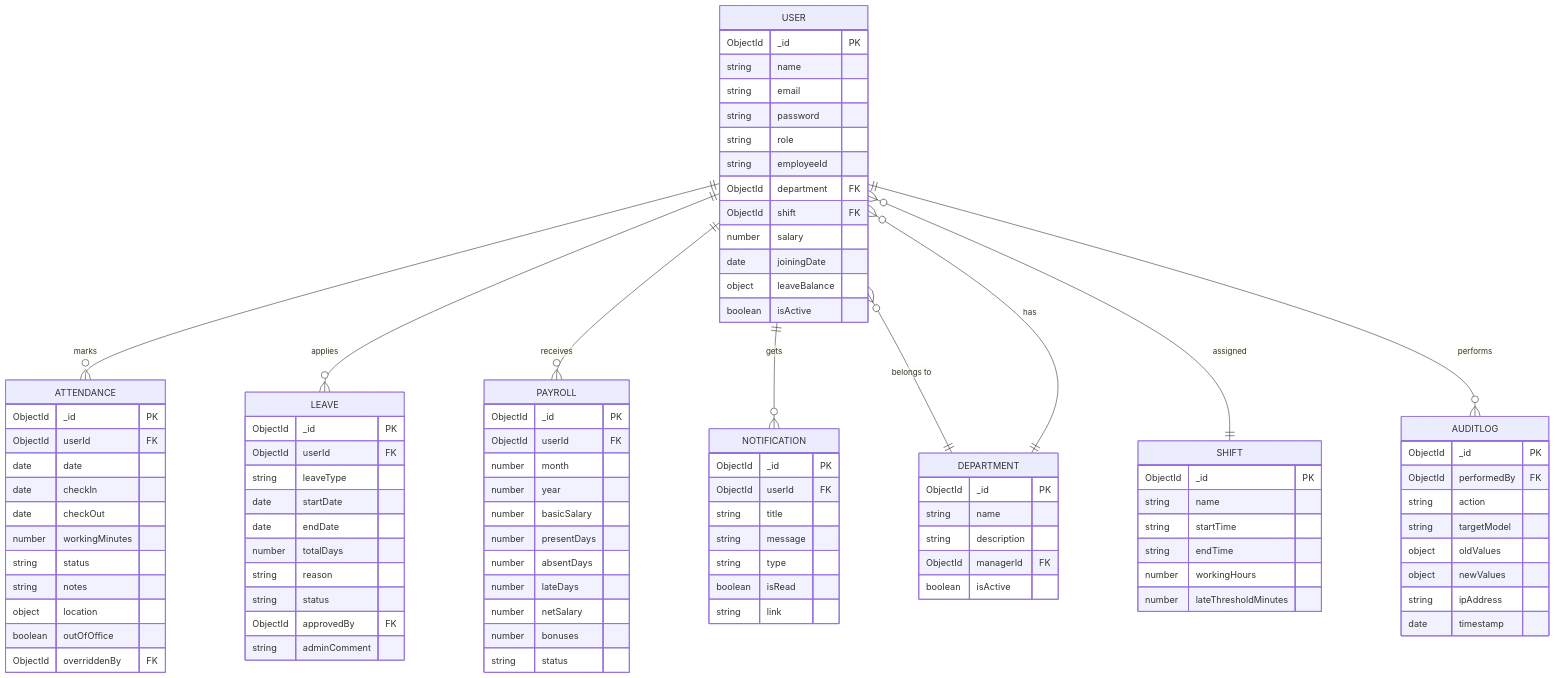
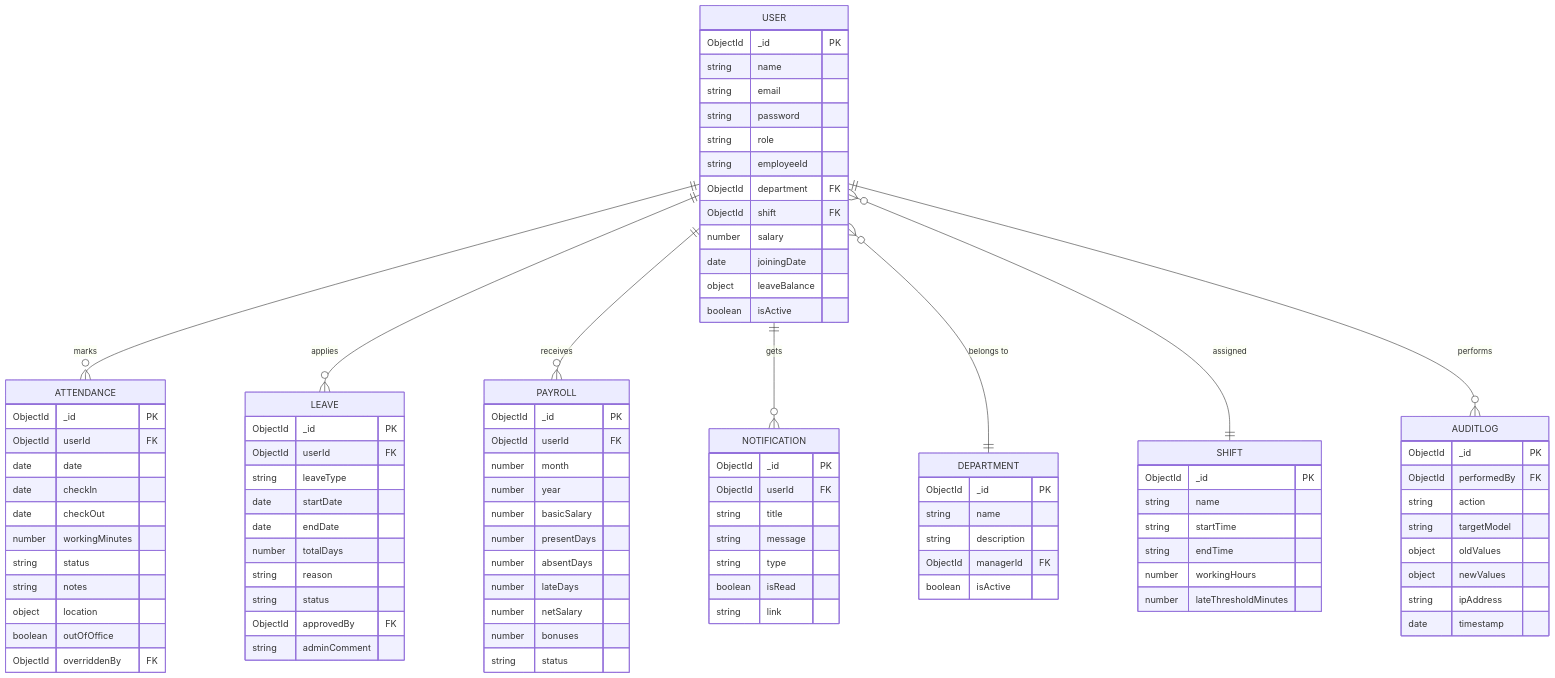
One commit to Konete326/Employee-Attendance changed the second of 2 diagrams in README.md. Above: the diagram before and after it, drawn with Mermaid. The commit also changed other lines of this file and 1 other file, not shown here.

````diff
--- a/README.md
+++ b/README.md
@@ -253,5 +265,4 @@
     USER }o--|| DEPARTMENT : "belongs to"
     USER }o--|| SHIFT : "assigned"
     USER ||--o{ AUDITLOG : "performs"
-    DEPARTMENT ||--o{ USER : "has"
 ```
````
